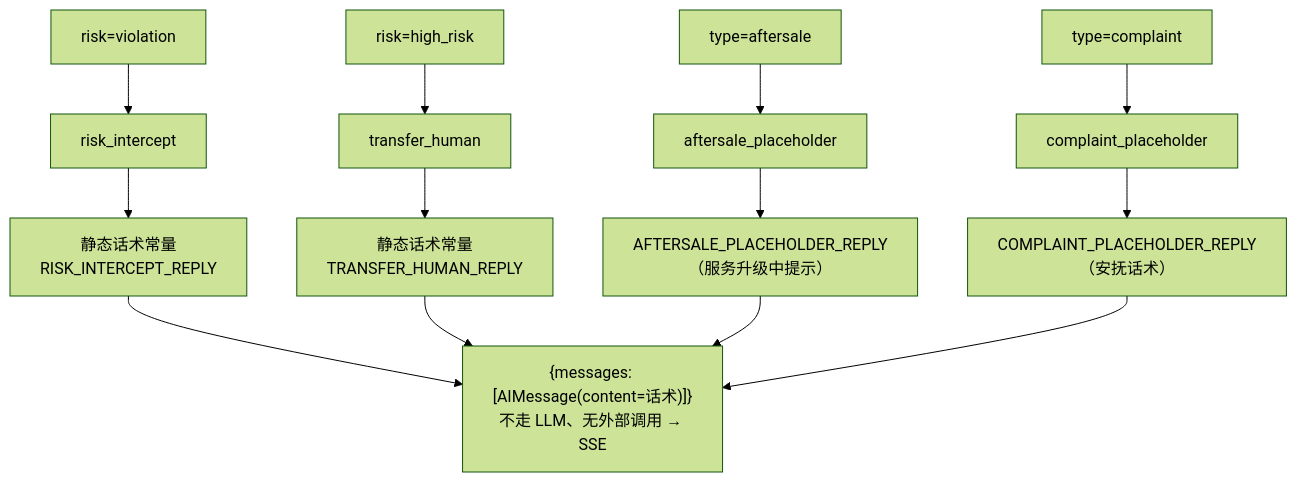
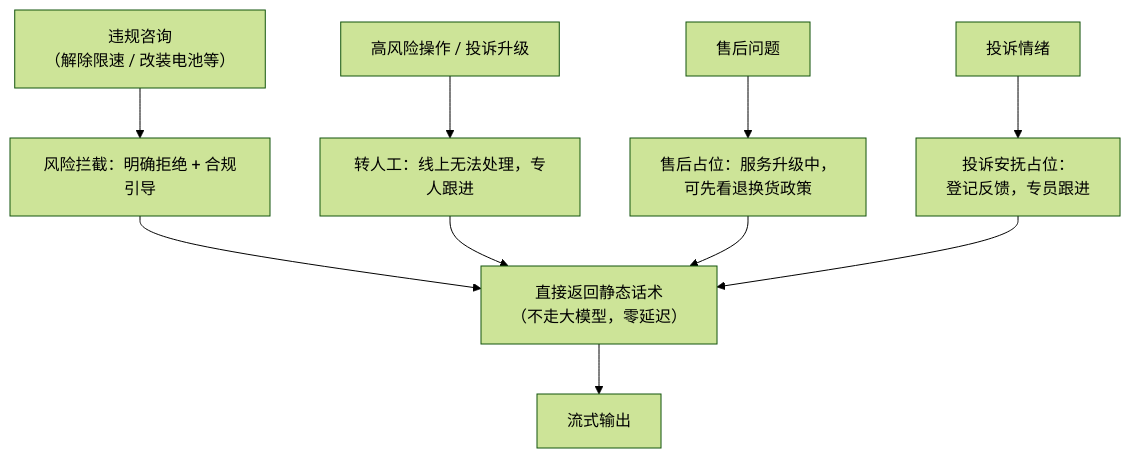
One commit to blowt16/SmartCS-Agent changed diagram 18 of 35 in docs/PROJECT_ANALYSIS.md. Above: the diagram before and after it, drawn with Mermaid (forest theme). The commit also changed other lines of this file, not shown here.

Commit message:
[docs] PROJECT_ANALYSIS §4 流程图优化：全图节点加中文注释、主干化精简流程（22 张图重排 + 补 TimeoutGuard 运行图），保留关键代码实体括注，提升可读性

````diff
--- a/docs/PROJECT_ANALYSIS.md
+++ b/docs/PROJECT_ANALYSIS.md
@@ -653,15 +595,12 @@
 ```mermaid
 flowchart TD
-    E1["risk=violation"] --> N1["risk_intercept"]
-    E2["risk=high_risk"] --> N2["transfer_human"]
-    E3["type=aftersale"] --> N3["aftersale_placeholder"]
-    E4["type=complaint"] --> N4["complaint_placeholder"]
-    N1 --> T1["静态话术常量<br/>RISK_INTERCEPT_REPLY"]
-    N2 --> T2["静态话术常量<br/>TRANSFER_HUMAN_REPLY"]
-    N3 --> T3["AFTERSALE_PLACEHOLDER_REPLY<br/>（服务升级中提示）"]
-    N4 --> T4["COMPLAINT_PLACEHOLDER_REPLY<br/>（安抚话术）"]
-    T1 --> M["{messages: [AIMessage(content=话术)]}<br/>不走 LLM、无外部调用 → SSE"]
-    T2 --> M
-    T3 --> M
-    T4 --> M
+    E1["违规咨询<br/>（解除限速 / 改装电池等）"] --> M1["风险拦截：明确拒绝 + 合规引导"]
+    E2["高风险操作 / 投诉升级"] --> M2["转人工：线上无法处理，专人跟进"]
+    E3["售后问题"] --> M3["售后占位：服务升级中，<br/>可先看退换货政策"]
+    E4["投诉情绪"] --> M4["投诉安抚占位：<br/>登记反馈，专员跟进"]
+    M1 --> O["直接返回静态话术<br/>（不走大模型，零延迟）"]
+    M2 --> O
+    M3 --> O
+    M4 --> O
+    O --> OUT["流式输出"]
 ```
````
